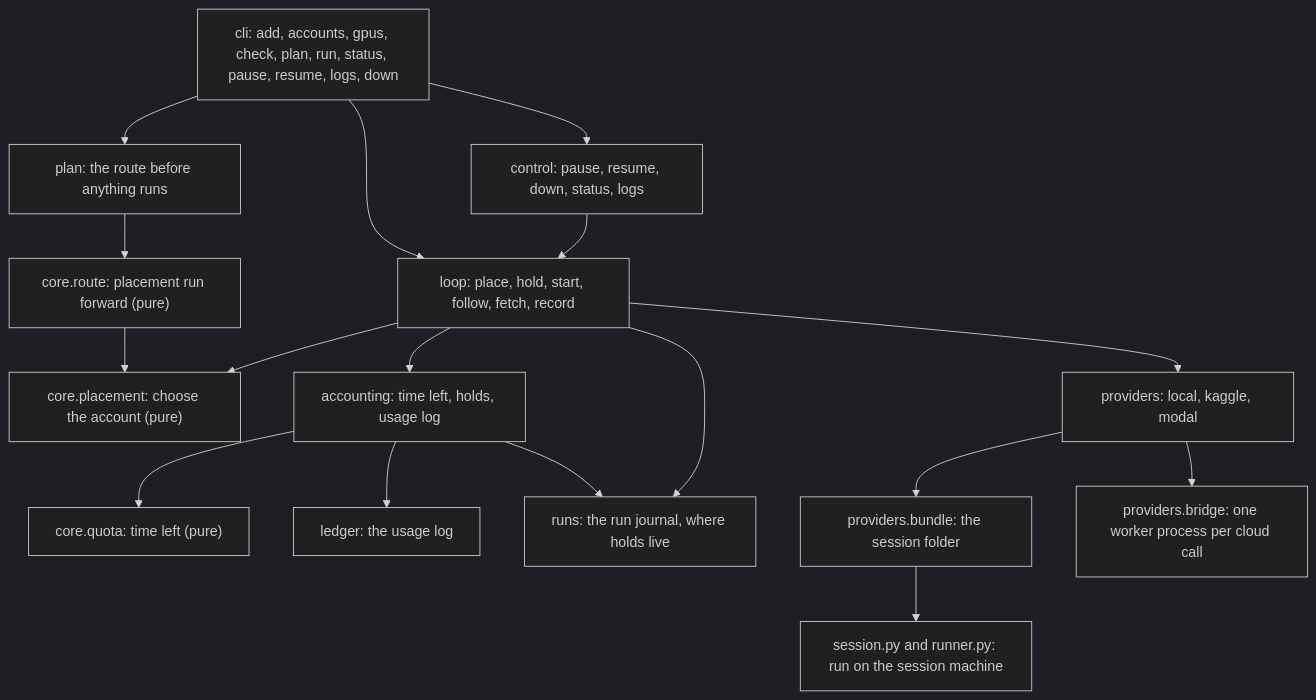
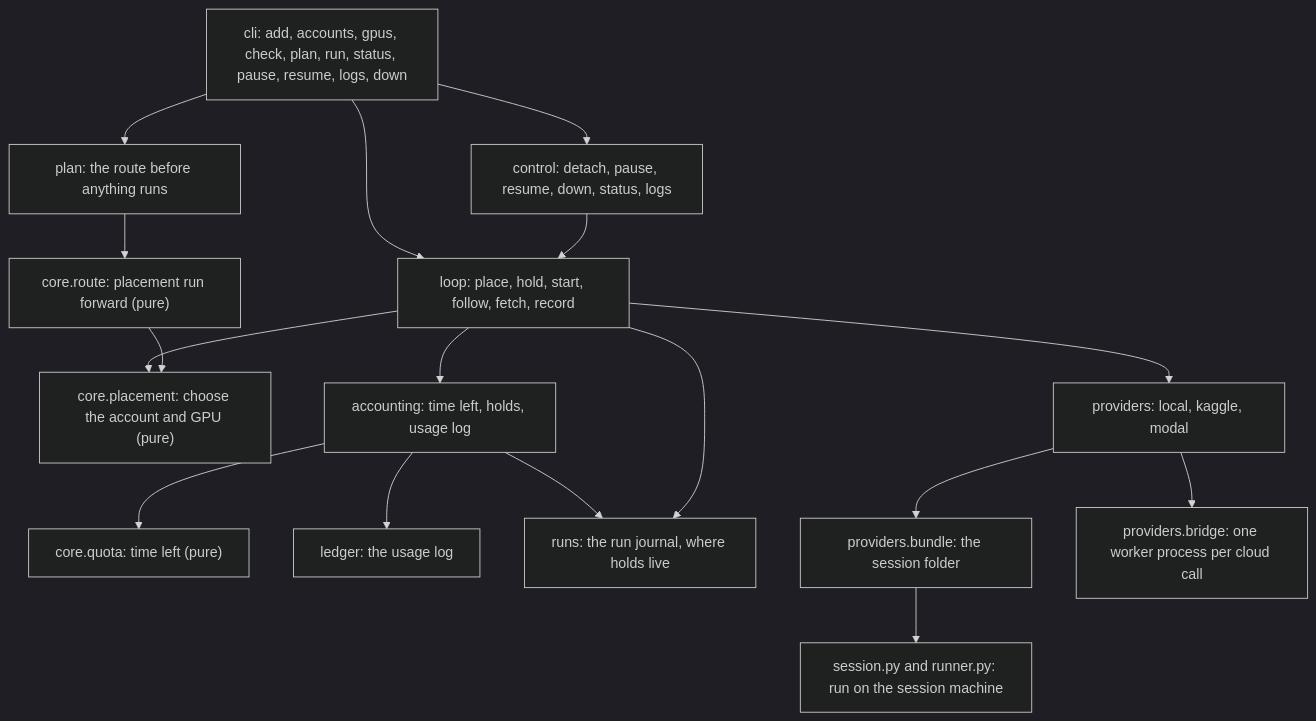
The diagram in docs/architecture.md (Alt-Mizt/forge-core), drawn with Mermaid (dark theme) before and after one commit. The commit also changed 2 other files, not shown here.

Commit message:
Bring the README and architecture notes up to v0.2

````diff
--- a/docs/architecture.md
+++ b/docs/architecture.md
@@ -6,20 +6,20 @@
 ```mermaid
 flowchart TD
     cli["cli: add, accounts, gpus, check, plan, run, status, pause, resume, logs, down"]
     cli --> loop["loop: place, hold, start, follow, fetch, record"]
+    cli --> control["control: detach, pause, resume, down, status, logs"]
+    control --> loop
+    loop --> placement["core.placement: choose the account and GPU (pure)"]
     cli --> plan["plan: the route before anything runs"]
     plan --> route["core.route: placement run forward (pure)"]
     route --> placement
-    cli --> control["control: pause, resume, down, status, logs"]
-    control --> loop
-    loop --> placement["core.placement: choose the account (pure)"]
     loop --> accounting["accounting: time left, holds, usage log"]
     accounting --> quota["core.quota: time left (pure)"]
     accounting --> ledger["ledger: the usage log"]
     accounting --> runs["runs: the run journal, where holds live"]
     loop --> runs
     loop --> providers["providers: local, kaggle, modal"]
     providers --> bundle["providers.bundle: the session folder"]
     providers --> bridge["providers.bridge: one worker process per cloud call"]
     bundle --> session["session.py and runner.py: run on the session machine"]
 ```
````
